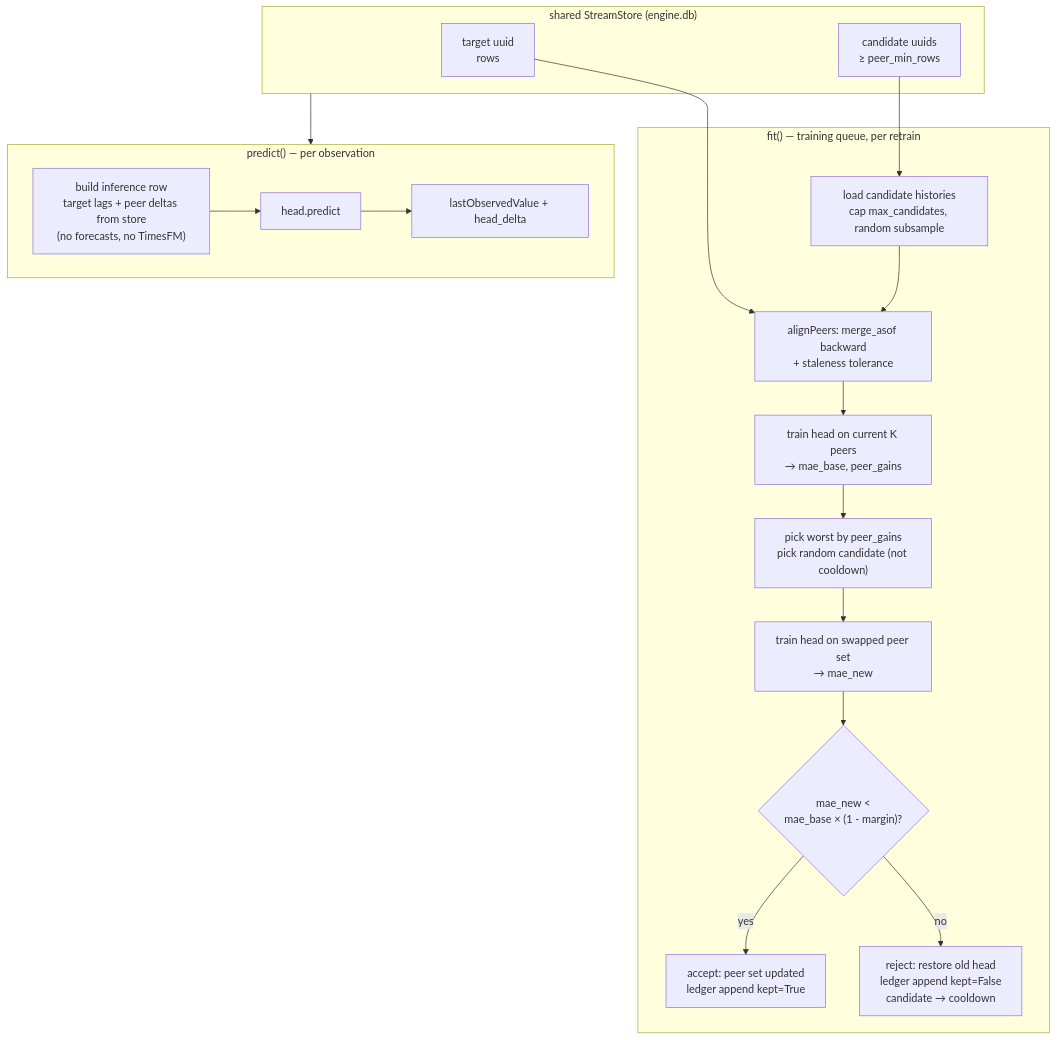
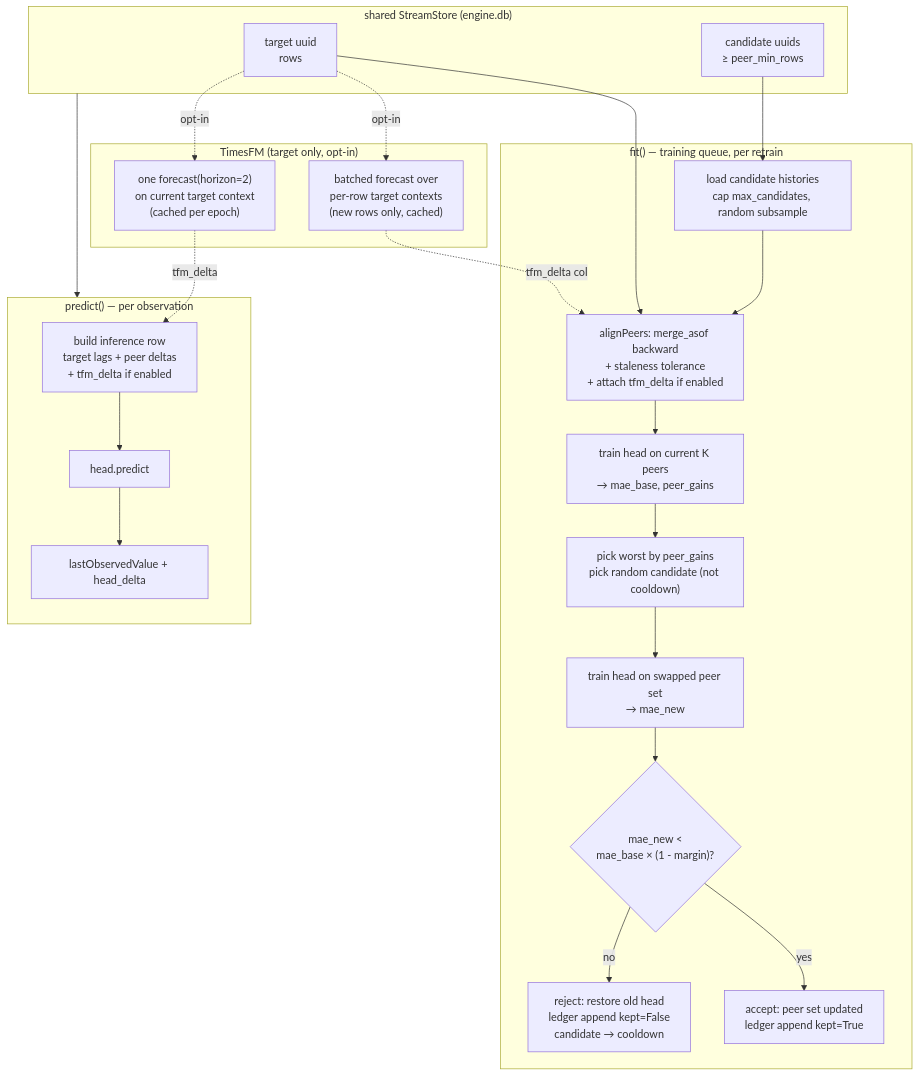
One commit to SatoriNetwork/satori-lite changed the diagram in docs/engine/Jordan-1_MULTIVARIATE.md. Above: the diagram before and after it, drawn with Mermaid. The commit also changed other lines of this file, not shown here.

First line of the commit message:
Jordan-1: add opt-in TimesFM on target-only as XGBoost feature

````diff
--- a/docs/engine/Jordan-1_MULTIVARIATE.md
+++ b/docs/engine/Jordan-1_MULTIVARIATE.md
@@ -287,32 +420,42 @@
 ```mermaid
 flowchart TB
     subgraph STORE["shared StreamStore (engine.db)"]
         T[target uuid<br/>rows]
         C[candidate uuids<br/>≥ peer_min_rows]
     end
 
+    subgraph TFM["TimesFM (target only, opt-in)"]
+        TFMFIT["batched forecast over<br/>per-row target contexts<br/>(new rows only, cached)"]
+        TFMPRED["one forecast(horizon=2)<br/>on current target context<br/>(cached per epoch)"]
+    end
+
     subgraph FIT["fit() — training queue, per retrain"]
         LOAD["load candidate histories<br/>cap max_candidates, random subsample"]
-        ALIGN["alignPeers: merge_asof backward<br/>+ staleness tolerance"]
+        ALIGN["alignPeers: merge_asof backward<br/>+ staleness tolerance<br/>+ attach tfm_delta if enabled"]
         BASE["train head on current K peers<br/>→ mae_base, peer_gains"]
         PICK["pick worst by peer_gains<br/>pick random candidate (not cooldown)"]
         SWAP["train head on swapped peer set<br/>→ mae_new"]
         DECIDE{"mae_new &lt;<br/>mae_base × (1 - margin)?"}
         KEEP["accept: peer set updated<br/>ledger append kept=True"]
         REVERT["reject: restore old head<br/>ledger append kept=False<br/>candidate → cooldown"]
 
         T --> ALIGN
         C --> LOAD --> ALIGN --> BASE --> PICK --> SWAP --> DECIDE
         DECIDE -- yes --> KEEP
         DECIDE -- no  --> REVERT
     end
 
+    T -. "opt-in" .-> TFMFIT
+    TFMFIT -. "tfm_delta col" .-> ALIGN
+
     subgraph PRED["predict() — per observation"]
-        BUILD["build inference row<br/>target lags + peer deltas from store<br/>(no forecasts, no TimesFM)"]
+        BUILD["build inference row<br/>target lags + peer deltas<br/>+ tfm_delta if enabled"]
         HEAD["head.predict"]
         OUT["lastObservedValue + head_delta"]
         BUILD --> HEAD --> OUT
     end
 
     STORE --> PRED
+    T -. "opt-in" .-> TFMPRED
+    TFMPRED -. "tfm_delta" .-> BUILD
 ```
````
